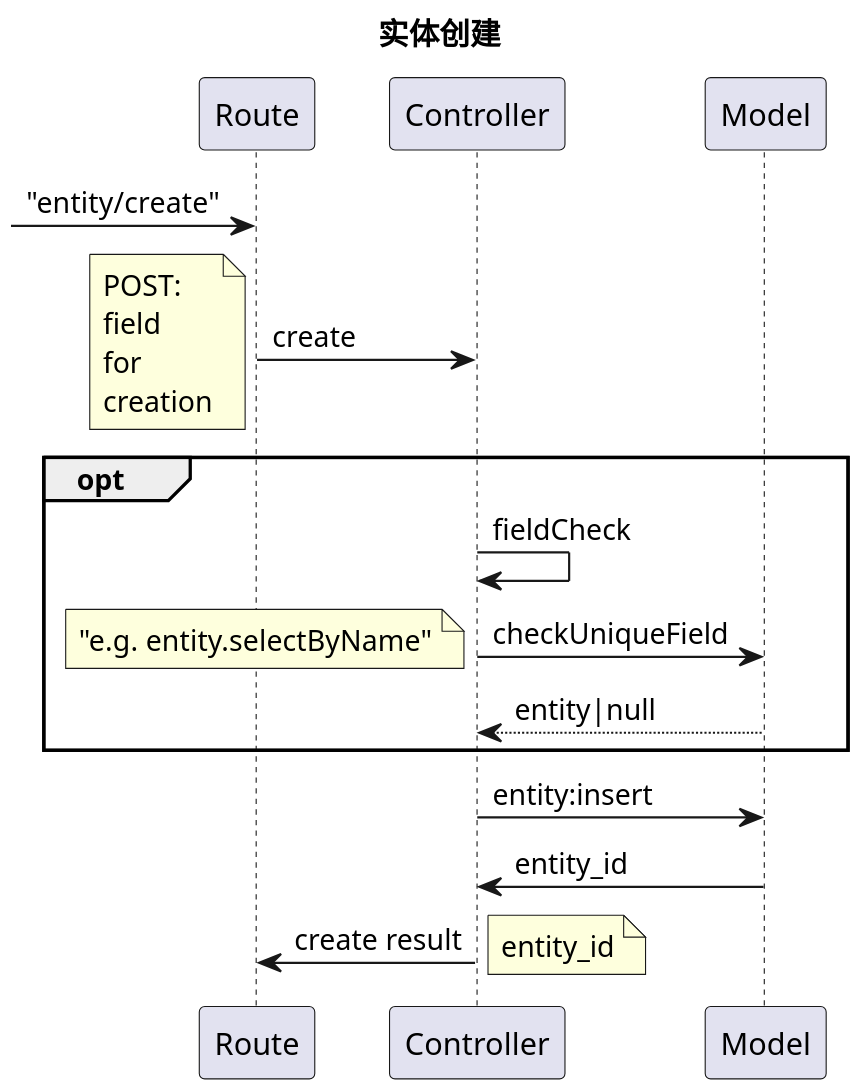
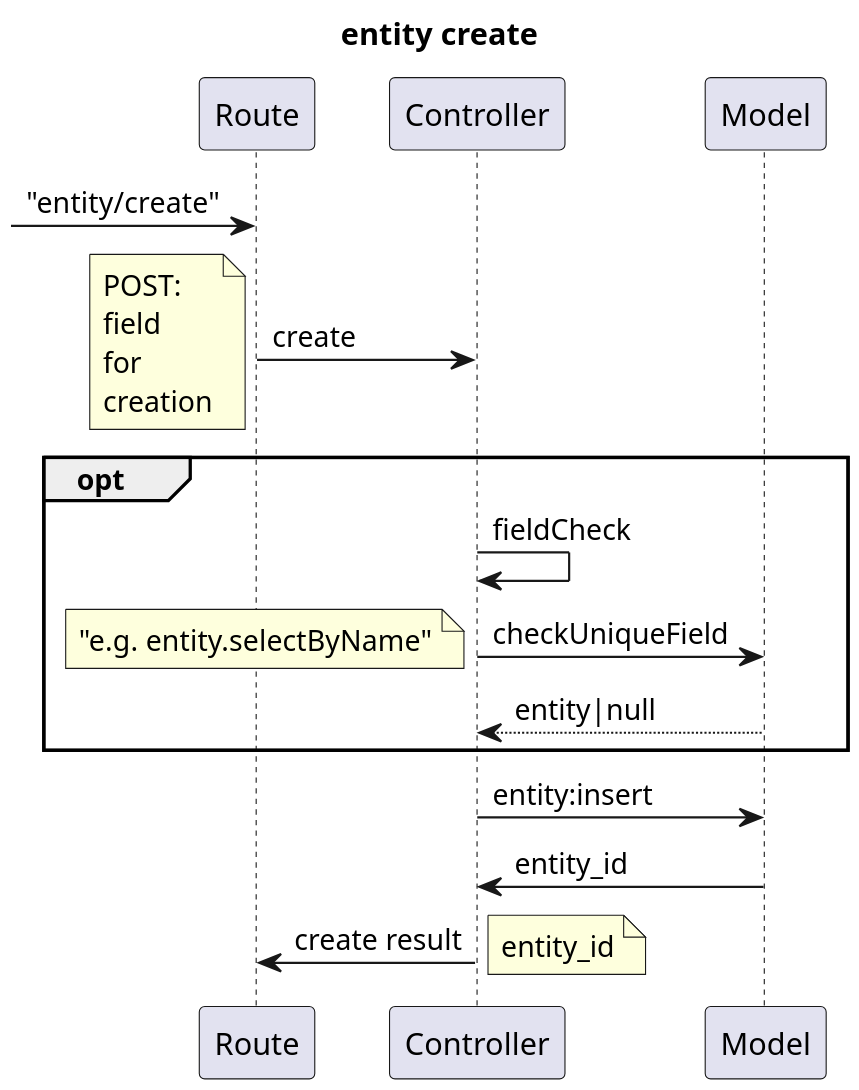
Before and after one commit to vinlon/SlimFastApi: the first of 6 diagrams in docs/diagram/simpleCRUD.wsd, drawn with PlantUML. The commit also changed 446 other files, not shown here.

```diff
--- a/docs/diagram/simpleCRUD.wsd
+++ b/docs/diagram/simpleCRUD.wsd
@@ -1,24 +1,24 @@
 @startuml
 scale 800 width
-title "实体创建"
+title "entity create"
 
 [-> Route:"entity/create"
 Route -> Controller:create
 note left
 POST:
 field
 for
 creation
 end note
 opt
 Controller -> Controller: fieldCheck
 Controller -> Model: checkUniqueField
 note left: "e.g. entity.selectByName"
 Controller <-- Model: entity|null
 end opt
 Controller -> Model:entity:insert
 Controller <- Model: entity_id
 Route <- Controller: create result
 note right:entity_id
 
 @enduml
```
